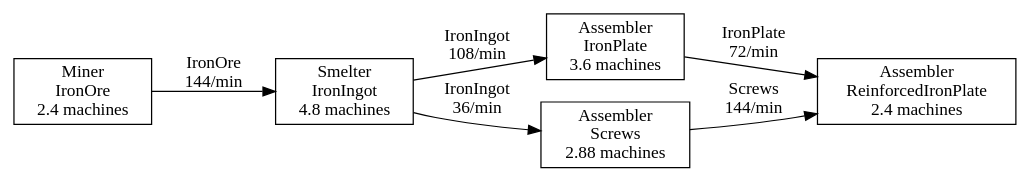
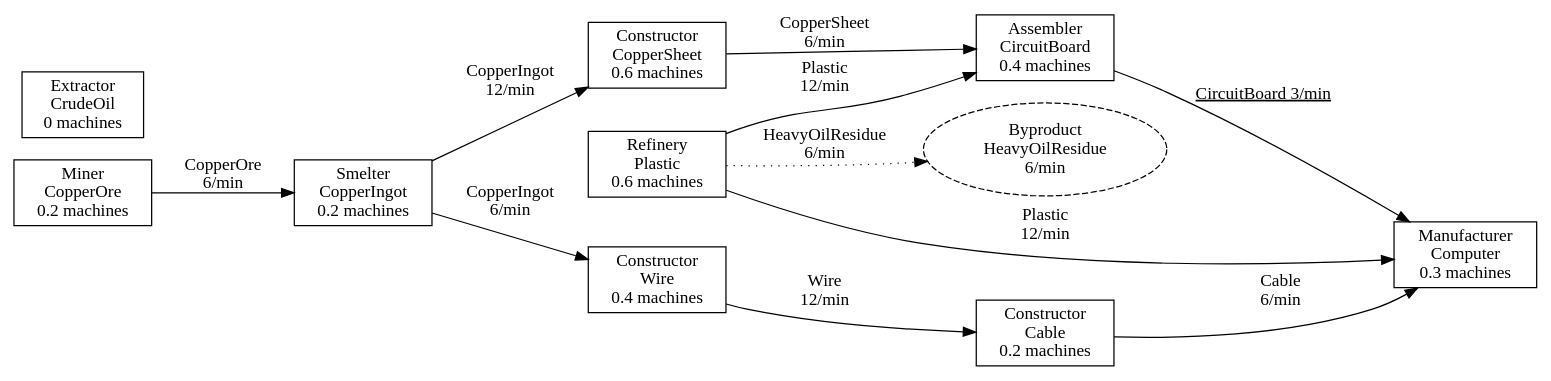
Before and after one commit to Lv100Luca/satis-modeler: the diagram in Satis Modeller/bin/Debug/net9.0/production_graph.dot, drawn with Graphviz. The commit also changed 2 other files, not shown here.

```diff
--- a/Satis Modeller/bin/Debug/net9.0/production_graph.dot
+++ b/Satis Modeller/bin/Debug/net9.0/production_graph.dot
@@ -1,18 +1,35 @@
 digraph G {
 rankdir=LR;
-"32854180" [label="Assembler\nReinforcedIronPlate\n2.4 machines", shape=box];
-"59941933" [label="Miner\nIronOre\n2.4 machines", shape=box];
-"59941933" -> "43942917" [label="IronOre
- 144/min"];
-"43942917" [label="Smelter\nIronIngot\n4.8 machines", shape=box];
-"43942917" -> "27252167" [label="IronIngot
- 108/min"];
-"43942917" -> "2606490" [label="IronIngot
- 36/min"];
-"27252167" [label="Assembler\nIronPlate\n3.6 machines", shape=box];
-"27252167" -> "32854180" [label="IronPlate
- 72/min"];
-"2606490" [label="Assembler\nScrews\n2.88 machines", shape=box];
-"2606490" -> "32854180" [label="Screws
- 144/min"];
+"32854180" [label="Manufacturer\nComputer\n0.3 machines", shape=box];
+"27252167" [label="Assembler\nCircuitBoard\n0.4 machines", shape=box];
+"27252167" -> "32854180" [label=< <U>CircuitBoard
+ 3/min</U> >];
+"21083178" [label="Refinery\nPlastic\n0.6 machines", shape=box];
+"21083178" -> "32854180" [label="Plastic
+ 12/min"];
+"21083178" -> "27252167" [label="Plastic
+ 12/min"];
+"byproduct_21083178_HeavyOilResidue" [label="Byproduct
+HeavyOilResidue
+6/min", shape=ellipse, style=dashed];
+"21083178" -> "byproduct_21083178_HeavyOilResidue" [label="HeavyOilResidue
+ 6/min",style=dotted];
+"59941933" [label="Smelter\nCopperIngot\n0.2 machines", shape=box];
+"59941933" -> "23458411" [label="CopperIngot
+ 6/min"];
+"59941933" -> "43942917" [label="CopperIngot
+ 12/min"];
+"23458411" [label="Constructor\nWire\n0.4 machines", shape=box];
+"23458411" -> "9799115" [label="Wire
+ 12/min"];
+"9799115" [label="Constructor\nCable\n0.2 machines", shape=box];
+"9799115" -> "32854180" [label="Cable
+ 6/min"];
+"43942917" [label="Constructor\nCopperSheet\n0.6 machines", shape=box];
+"43942917" -> "27252167" [label="CopperSheet
+ 6/min"];
+"1707556" [label="Extractor\nCrudeOil\n0 machines", shape=box];
+"2606490" [label="Miner\nCopperOre\n0.2 machines", shape=box];
+"2606490" -> "59941933" [label="CopperOre
+ 6/min"];
 }
```
